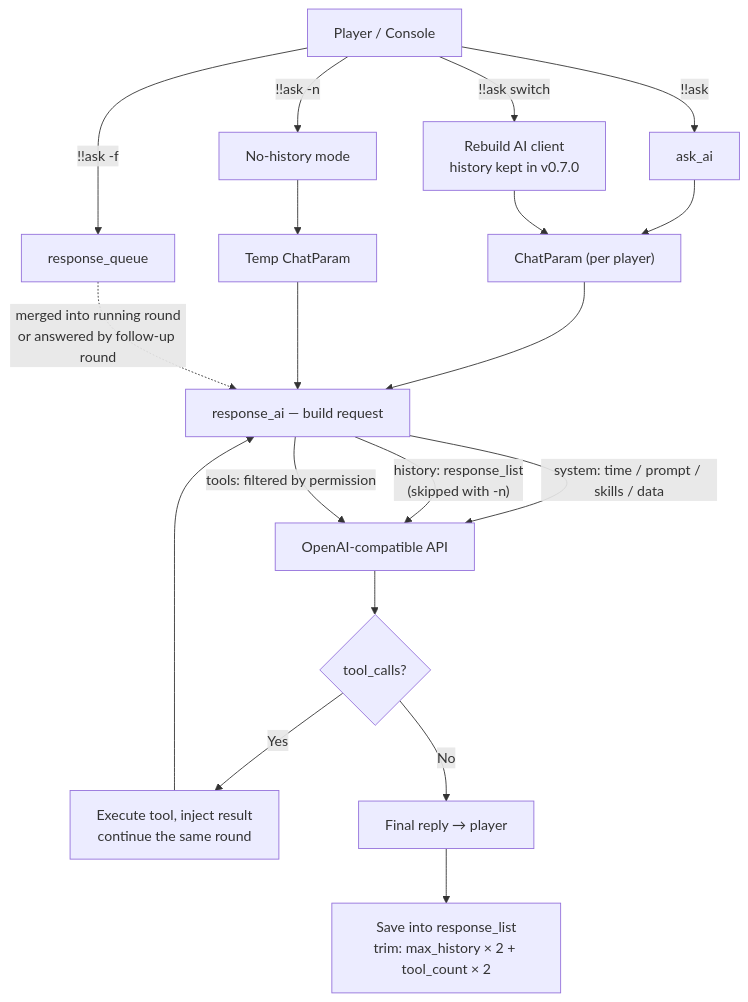
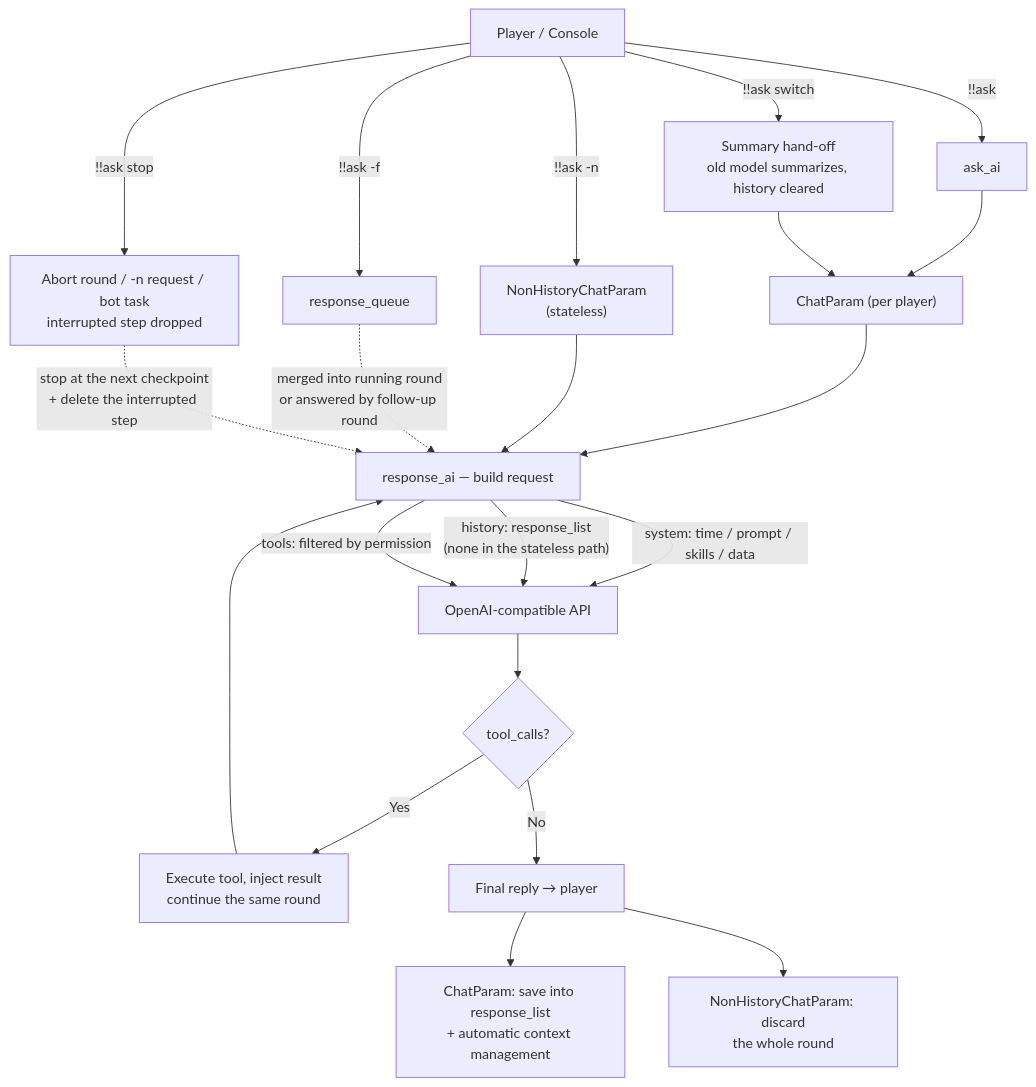
The first of 2 diagrams in README.md (PengZixuan30/Games_AI), drawn with Mermaid before and after one commit. The commit also changed other lines of this file and 20 other files, not shown here.

````diff
--- a/README.md
+++ b/README.md
@@ -152,24 +163,26 @@
 ```mermaid
 flowchart TD
     U["Player / Console"] -->|"!!ask <content>"| ASK["ask_ai"]
-    U -->|"!!ask -n <content>"| NOH["No-history mode"]
+    U -->|"!!ask -n <content>"| NOH["NonHistoryChatParam<br/>(stateless)"]
     U -->|"!!ask -f <content>"| QUEUE["response_queue"]
-    U -->|"!!ask switch <model>"| SWITCH["Rebuild AI client<br/>history kept in v0.7.0"]
+    U -->|"!!ask switch <model>"| SWITCH["Summary hand-off<br/>old model summarizes, history cleared"]
+    U -->|"!!ask stop"| STOP["Abort round / -n request / bot task<br/>interrupted step dropped"]
 
     ASK --> CP["ChatParam (per player)"]
-    NOH --> CPD["Temp ChatParam"]
     CP --> BUILD["response_ai — build request"]
-    CPD --> BUILD
+    NOH --> BUILD
     BUILD -->|"system: time / prompt / skills / data"| API
-    BUILD -->|"history: response_list<br/>(skipped with -n)"| API
+    BUILD -->|"history: response_list<br/>(none in the stateless path)"| API
     BUILD -->|"tools: filtered by permission"| API
 
     API["OpenAI-compatible API"] --> TOOLCALL{"tool_calls?"}
     TOOLCALL -->|"Yes"| TOOL["Execute tool, inject result<br/>continue the same round"]
     TOOL --> BUILD
     TOOLCALL -->|"No"| REPLY["Final reply → player"]
-    REPLY --> SAVE["Save into response_list<br/>trim: max_history × 2 + tool_count × 2"]
+    REPLY --> SAVE["ChatParam: save into response_list<br/>+ automatic context management"]
+    REPLY --> DROP["NonHistoryChatParam: discard<br/>the whole round"]
 
     QUEUE -.->|"merged into running round<br/>or answered by follow-up round"| BUILD
     SWITCH --> CP
+    STOP -.->|"stop at the next checkpoint<br/>+ delete the interrupted step"| BUILD
 ```
````
